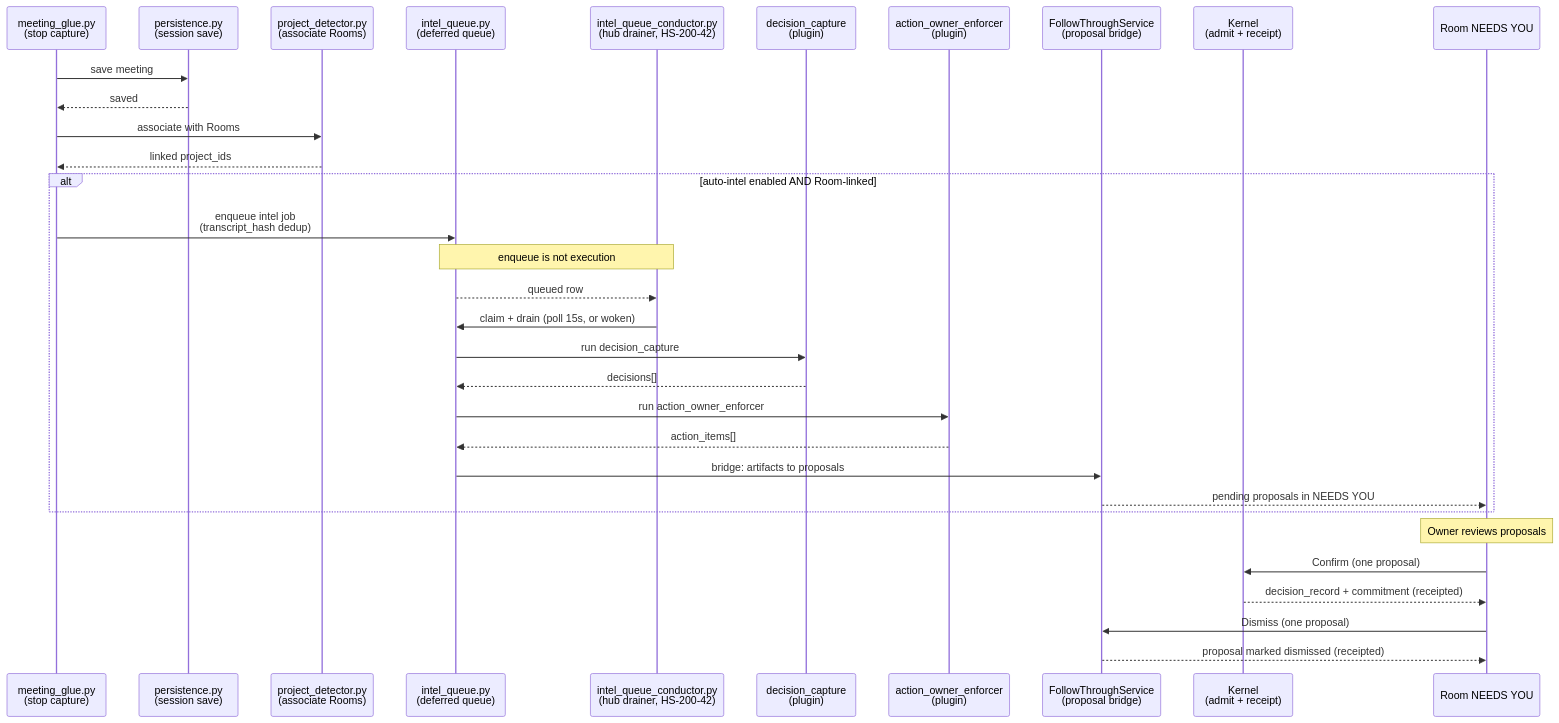
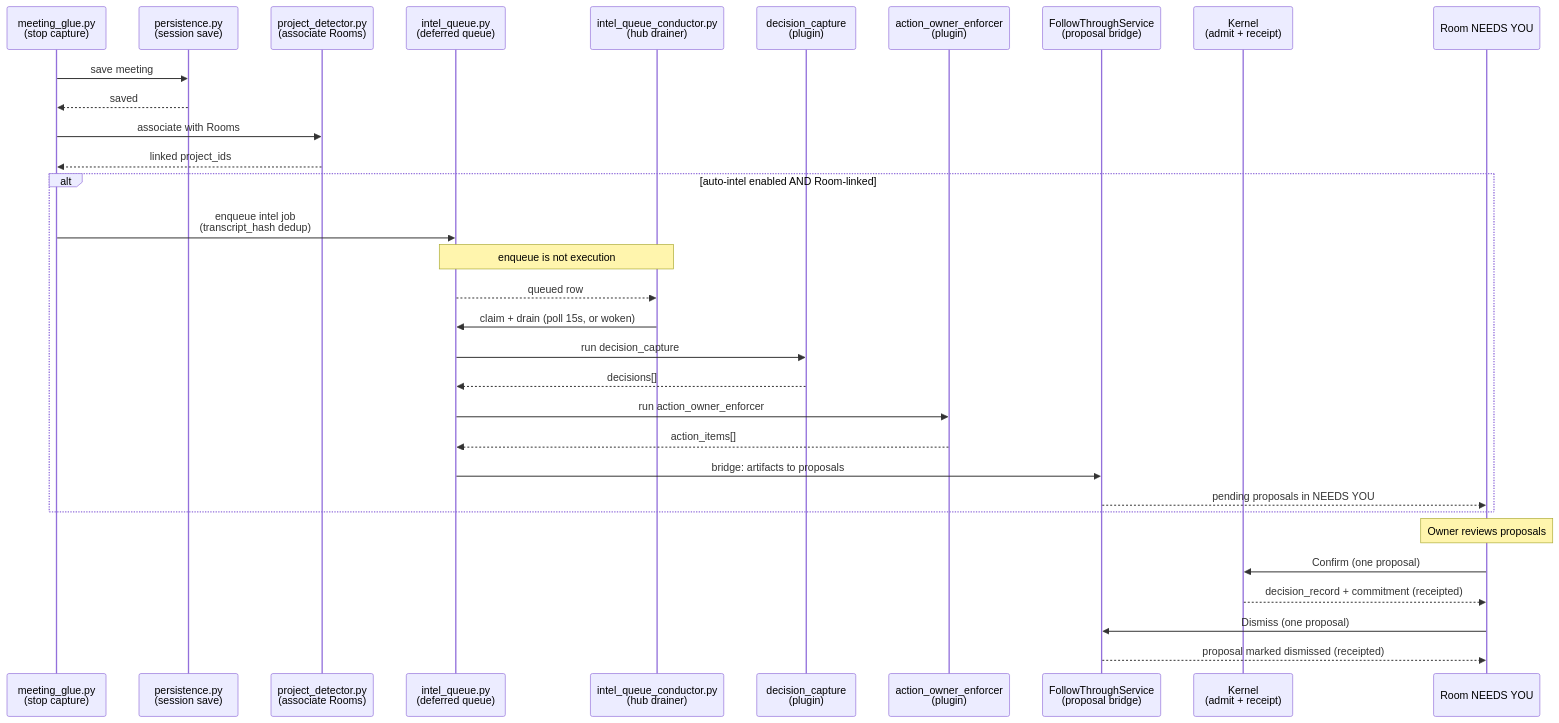
The seventh of 16 diagrams in docs/ARCHITECTURE.md (karolswdev/HoldSpeak), drawn with Mermaid before and after one commit. The commit also changed 4 other files, not shown here.

````diff
--- a/docs/ARCHITECTURE.md
+++ b/docs/ARCHITECTURE.md
@@ -485,35 +485,35 @@
 ```mermaid
 sequenceDiagram
   participant MG as meeting_glue.py<br/>(stop capture)
   participant PS as persistence.py<br/>(session save)
   participant PD as project_detector.py<br/>(associate Rooms)
   participant IQ as intel_queue.py<br/>(deferred queue)
-  participant DR as intel_queue_conductor.py<br/>(hub drainer, HS-200-42)
+  participant DR as intel_queue_conductor.py<br/>(hub drainer)
   participant DC as decision_capture<br/>(plugin)
   participant AO as action_owner_enforcer<br/>(plugin)
   participant FT as FollowThroughService<br/>(proposal bridge)
   participant KO as Kernel<br/>(admit + receipt)
   participant UI as Room NEEDS YOU
 
   MG->>PS: save meeting
   PS-->>MG: saved
   MG->>PD: associate with Rooms
   PD-->>MG: linked project_ids
   alt auto-intel enabled AND Room-linked
     MG->>IQ: enqueue intel job<br/>(transcript_hash dedup)
     Note over IQ,DR: enqueue is not execution
     IQ-->>DR: queued row
     DR->>IQ: claim + drain (poll 15s, or woken)
     IQ->>DC: run decision_capture
     DC-->>IQ: decisions[]
     IQ->>AO: run action_owner_enforcer
     AO-->>IQ: action_items[]
     IQ->>FT: bridge: artifacts to proposals
     FT-->>UI: pending proposals in NEEDS YOU
   end
   Note over UI: Owner reviews proposals
   UI->>KO: Confirm (one proposal)
   KO-->>UI: decision_record + commitment (receipted)
   UI->>FT: Dismiss (one proposal)
   FT-->>UI: proposal marked dismissed (receipted)
 ```
````
